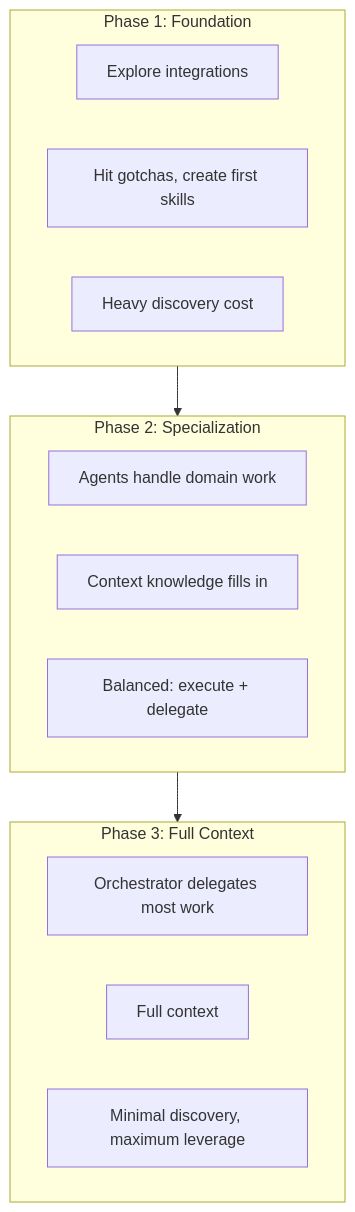
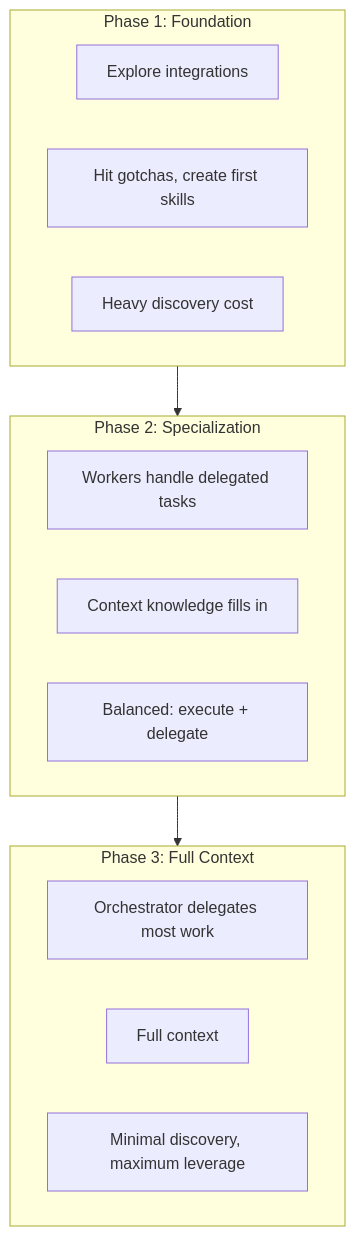
One commit to lorehq/lore-docs changed the fifth of 5 diagrams in docs/how-it-works.md. Above: the diagram before and after it, drawn with Mermaid. The commit also changed other lines of this file and 5 other files, not shown here.

````diff
--- a/docs/how-it-works.md
+++ b/docs/how-it-works.md
@@ -158,22 +153,22 @@
 ```mermaid
 flowchart TB
     subgraph P1["Phase 1: Foundation"]
         P1a[Explore integrations]
         P1b[Hit gotchas, create first skills]
         P1c["Heavy discovery cost"]
     end
 
     subgraph P2["Phase 2: Specialization"]
-        P2a[Agents handle domain work]
+        P2a[Workers handle delegated tasks]
         P2b[Context knowledge fills in]
         P2c["Balanced: execute + delegate"]
     end
 
     subgraph P3["Phase 3: Full Context"]
         P3a[Orchestrator delegates most work]
         P3b[Full context]
         P3c["Minimal discovery, maximum leverage"]
     end
 
     P1 --> P2 --> P3
 ```
````
